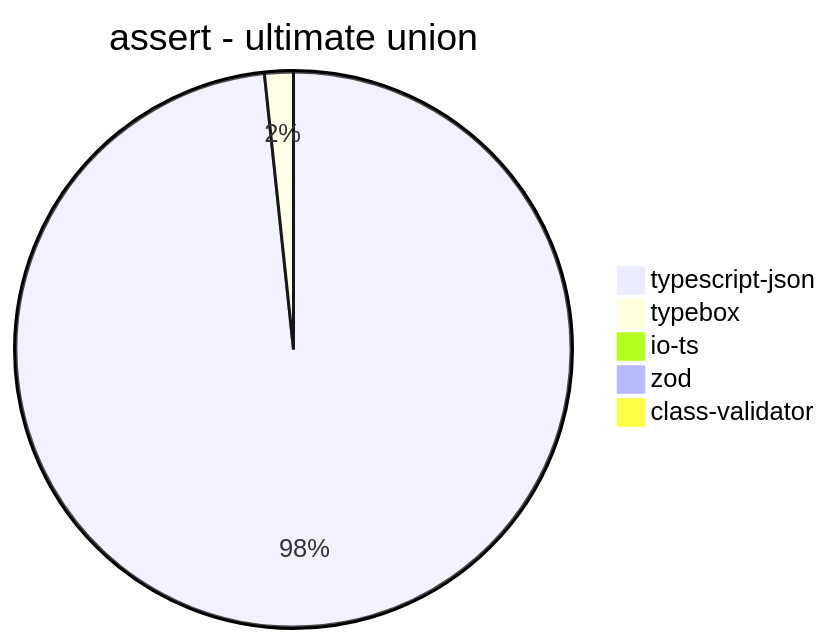
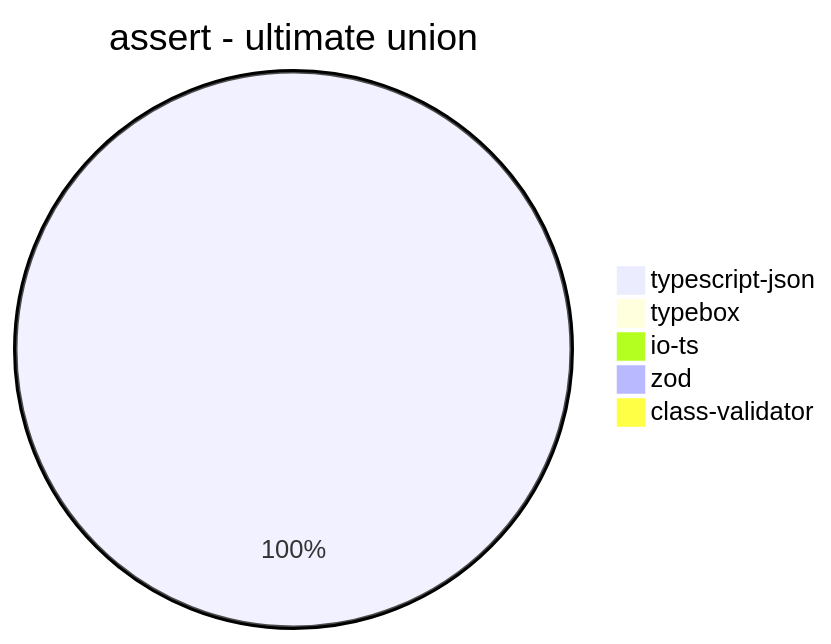
Diagram 16 of 39 in benchmark/results/AMD Ryzen 7 5800H with Radeon Graphics.md (samchon/typia), drawn with Mermaid before and after one commit. The commit also changed other lines of this file and 3 other files, not shown here.

````diff
--- a/benchmark/results/AMD Ryzen 7 5800H with Radeon Graphics.md
+++ b/benchmark/results/AMD Ryzen 7 5800H with Radeon Graphics.md
@@ -196,8 +196,8 @@
 ```mermaid
 pie title assert - ultimate union
-  "typescript-json": 247.97645327446654
-  "typebox": 4.224834680382072
+  "typescript-json": 249.590089269448
+  "typebox": 0
   "io-ts": 0
-  "zod": 0.35498757543485976
+  "zod": 0.3578457684737878
   "class-validator": 0
 ```
````
